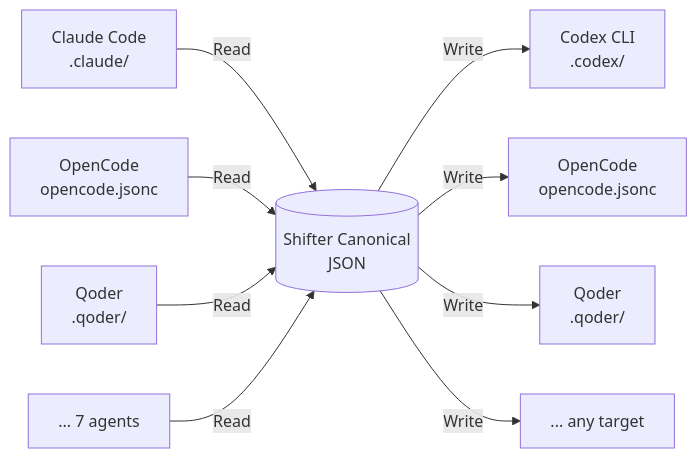
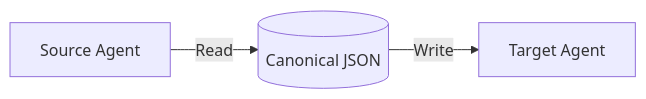
Before and after one commit to Moximxxx/shifter: the first of 2 diagrams in README.md, drawn with Mermaid. The commit also changed other lines of this file and 1 other file, not shown here.

First line of the commit message:
docs: simplify Mermaid diagrams — minimal and clean

````diff
--- a/README.md
+++ b/README.md
@@ -43,11 +43,5 @@
 ```mermaid
 flowchart LR
-    A[Claude Code<br>.claude/] -->|Read| B[(Shifter Canonical<br>JSON)]
-    C[OpenCode<br>opencode.jsonc] -->|Read| B
-    D[Qoder<br>.qoder/] -->|Read| B
-    E[... 7 agents] -->|Read| B
-    B -->|Write| F[Codex CLI<br>.codex/]
-    B -->|Write| G[OpenCode<br>opencode.jsonc]
-    B -->|Write| H[Qoder<br>.qoder/]
-    B -->|Write| I[... any target]
+    A[Source Agent] -->|Read| B[(Canonical JSON)]
+    B -->|Write| C[Target Agent]
 ```
````
